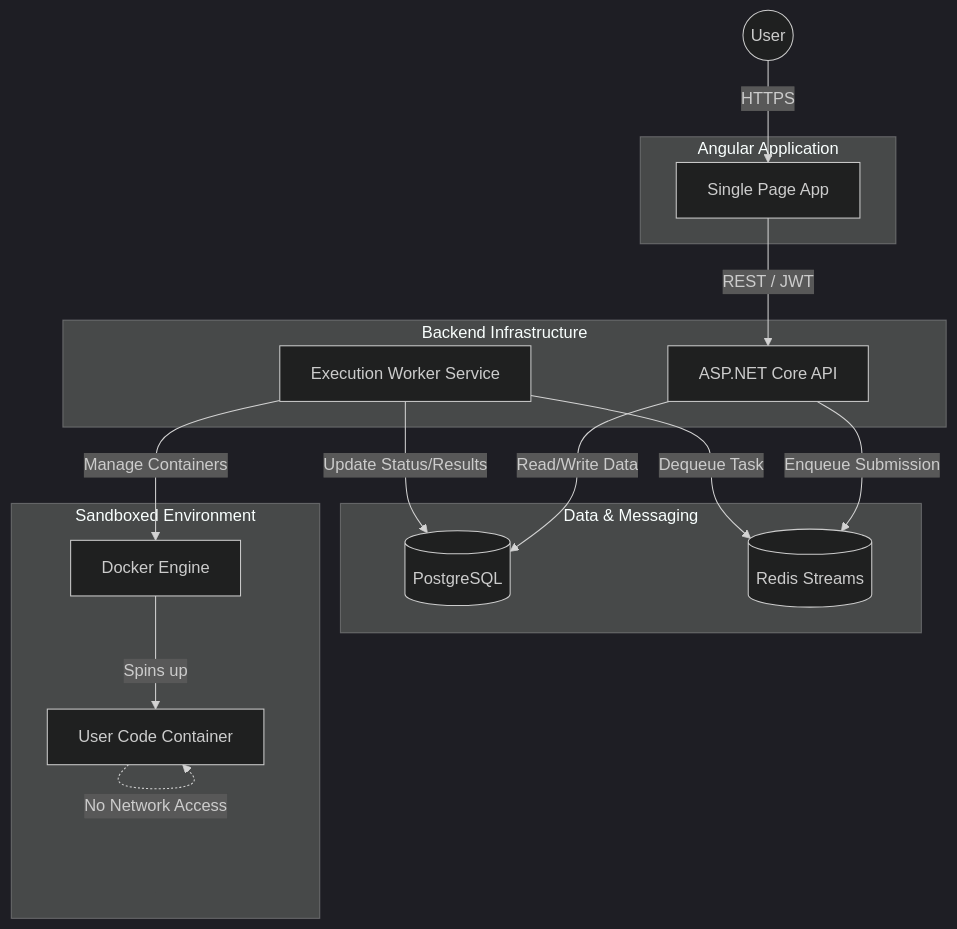
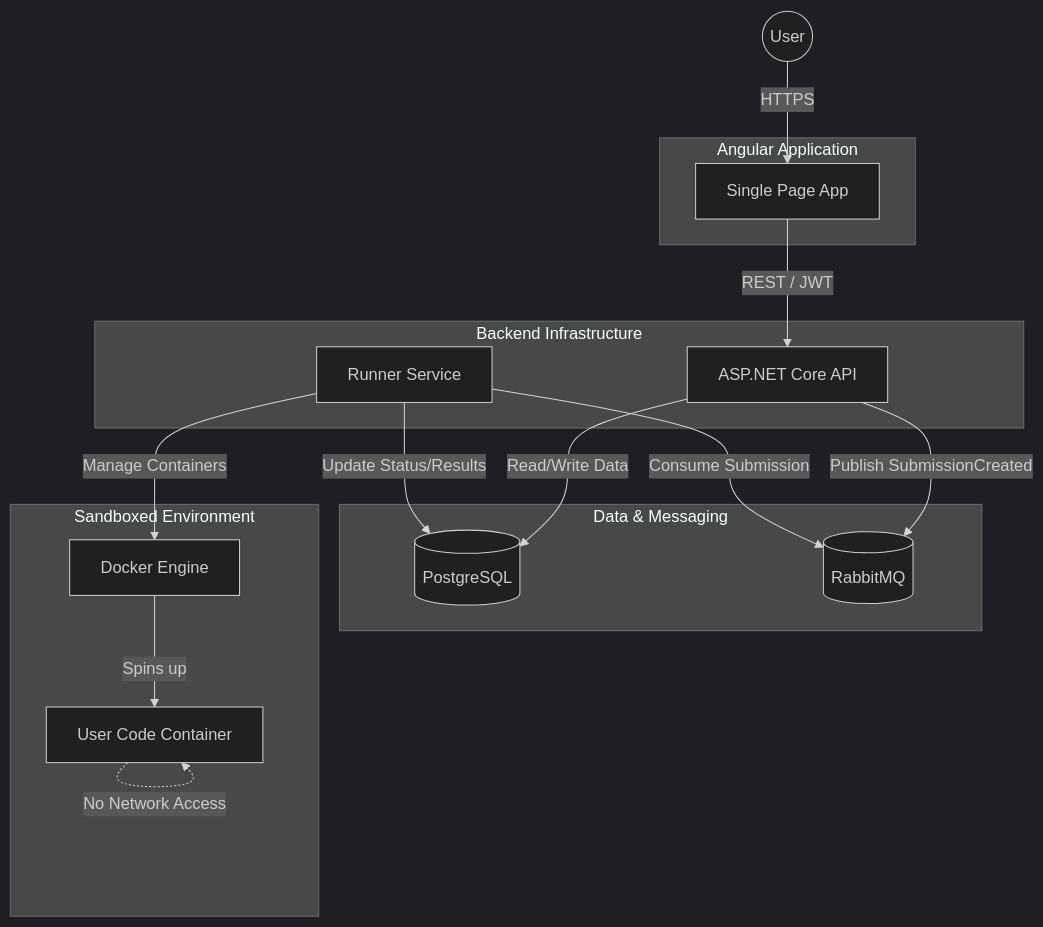
One commit to yarmatss/CodeLearning changed the first of 4 diagrams in README.md. Above: the diagram before and after it, drawn with Mermaid (dark theme). The commit also changed other lines of this file and 79 other files, not shown here.

Commit message:
refactor: add exceptions, some fixes and switch from redis streams to rabbitmq (#5)

````diff
--- a/README.md
+++ b/README.md
@@ -54,36 +55,36 @@
 ```mermaid
 graph TD
     User((User))
     
     subgraph Frontend [Angular Application]
         SPA[Single Page App]
     end
 
     subgraph Backend [Backend Infrastructure]
         API[ASP.NET Core API]
-        Worker[Execution Worker Service]
+        Worker[Runner Service]
     end
 
     subgraph Data [Data & Messaging]
         DB[(PostgreSQL)]
-        Redis[(Redis Streams)]
+        RabbitMQ[(RabbitMQ)]
     end
 
     subgraph Execution [Sandboxed Environment]
         Docker[Docker Engine]
         Container[User Code Container]
     end
 
     User -->|HTTPS| SPA
     SPA -->|REST / JWT| API
     
     API -->|Read/Write Data| DB
-    API -->|Enqueue Submission| Redis
+    API -->|Publish SubmissionCreated| RabbitMQ
     
-    Worker -->|Dequeue Task| Redis
+    Worker -->|Consume Submission| RabbitMQ
     Worker -->|Update Status/Results| DB
     Worker -->|Manage Containers| Docker
     
     Docker -->|Spins up| Container
     Container -.->|No Network Access| Container
 ```
````
